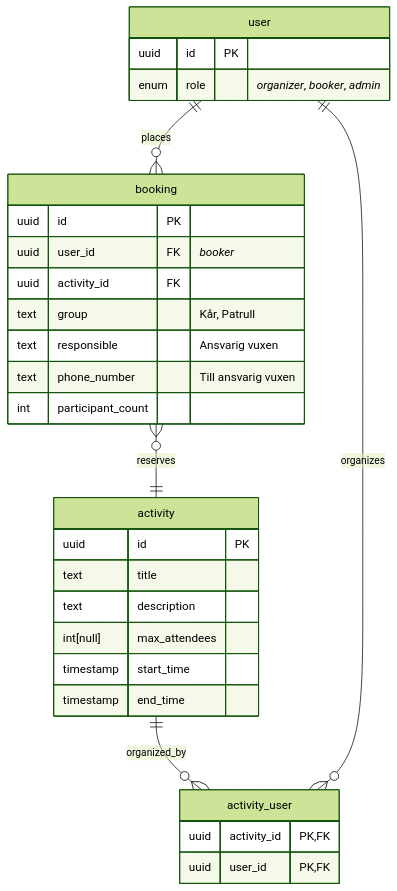
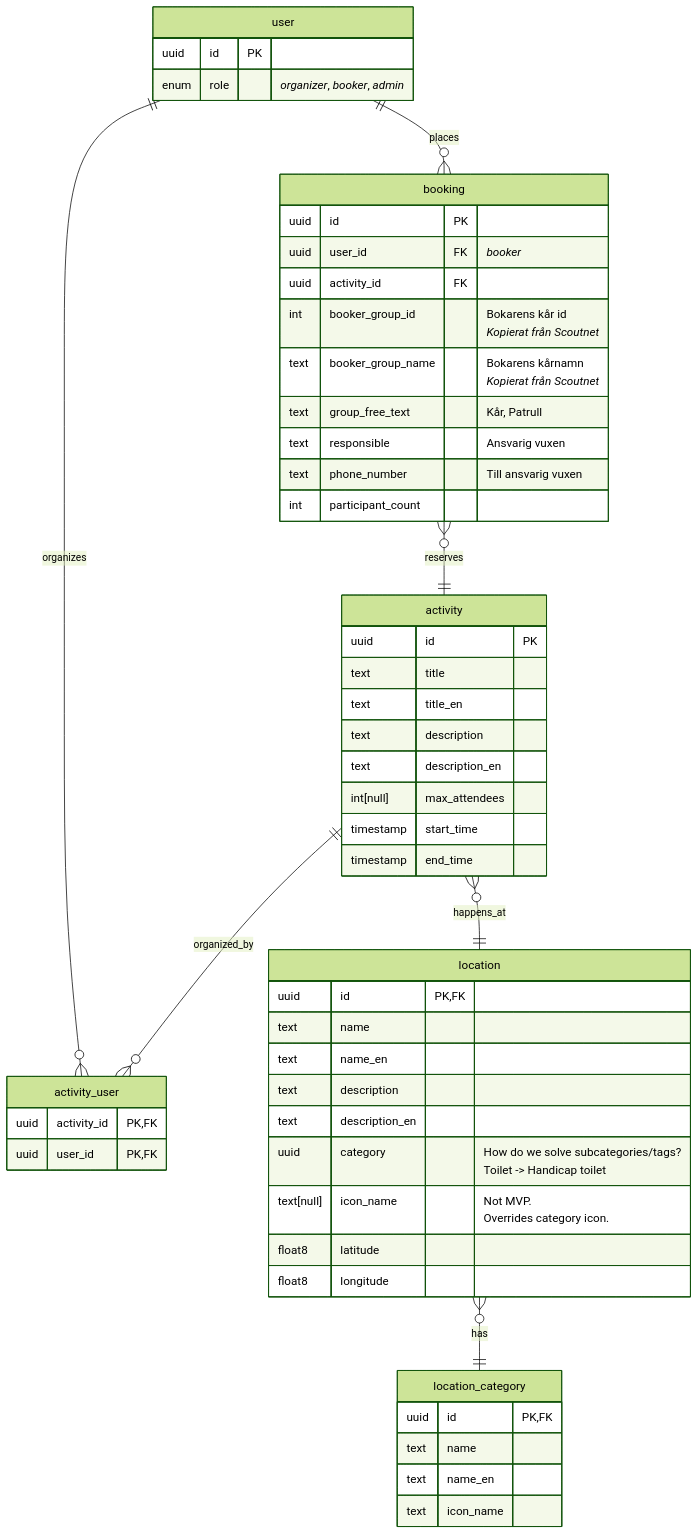
One commit to Scouterna/j26-booking changed the first of 2 diagrams in server/README.md. Above: the diagram before and after it, drawn with Mermaid (forest theme). The commit also changed other lines of this file, not shown here.

Commit message:
docs(db): update ER diagram with locations, i18n fields, and booking details
Add location and location_category entities, English translation fields
for activities, and refined booking fields (group id, name, free text).

````diff
--- a/server/README.md
+++ b/server/README.md
@@ -136,38 +136,69 @@
 ```mermaid
 erDiagram
 
 user {
   uuid id PK
   enum role "_organizer_, _booker_, _admin_"
 }
 
 activity {
   uuid id PK
   text title
+  text title_en
   text description
+  text description_en
   int[null] max_attendees
   timestamp start_time
   timestamp end_time
 }
 
 booking {
   uuid id PK
   uuid user_id FK "_booker_"
   uuid activity_id FK
-  text group "Kår, Patrull"
+  int booker_group_id "Bokarens kår id
+  _Kopierat från Scoutnet_"
+  text booker_group_name "Bokarens kårnamn
+  _Kopierat från Scoutnet_"
+  text group_free_text "Kår, Patrull"
   text responsible "Ansvarig vuxen"
   text phone_number "Till ansvarig vuxen"
   int participant_count
 }
 
 activity_user {
   uuid activity_id PK,FK
   uuid user_id PK,FK
 }
 
+location {
+  uuid id PK,FK
+  text name
+  text name_en
+  text description
+  text description_en
+  uuid category "How do we solve subcategories/tags?
+  Toilet -> Handicap toilet"
+  text[null] icon_name "Not MVP.
+  Overrides category icon."
+  float8 latitude
+  float8 longitude
+}
+
+location_category {
+  uuid id PK,FK
+  text name
+  text name_en
+  text icon_name
+}
+
+activity }o--|| location : happens_at
+location }o--|| location_category : has
+
+
 activity ||--o{ activity_user : organized_by
 user ||--o{ activity_user : organizes
 
 booking }o--|| activity : reserves
 user ||--o{ booking : places
 ```
````
